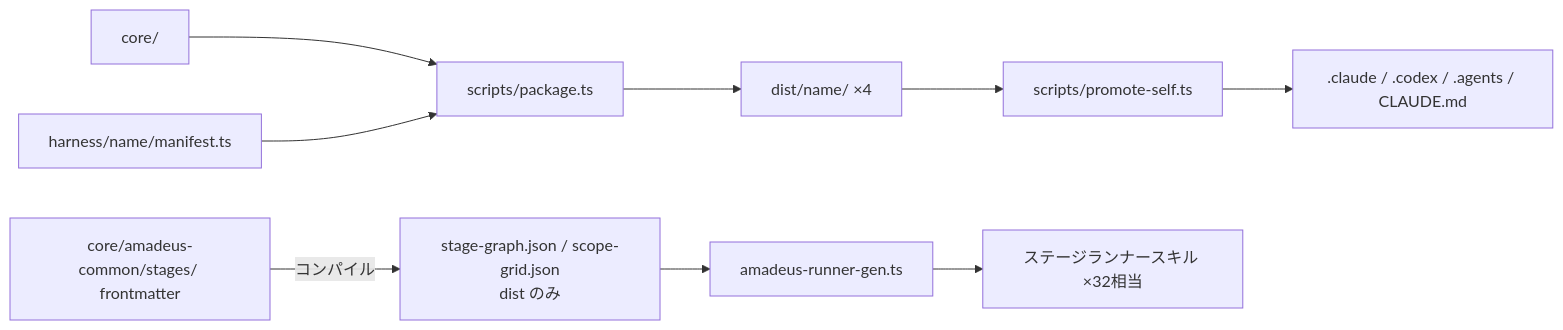
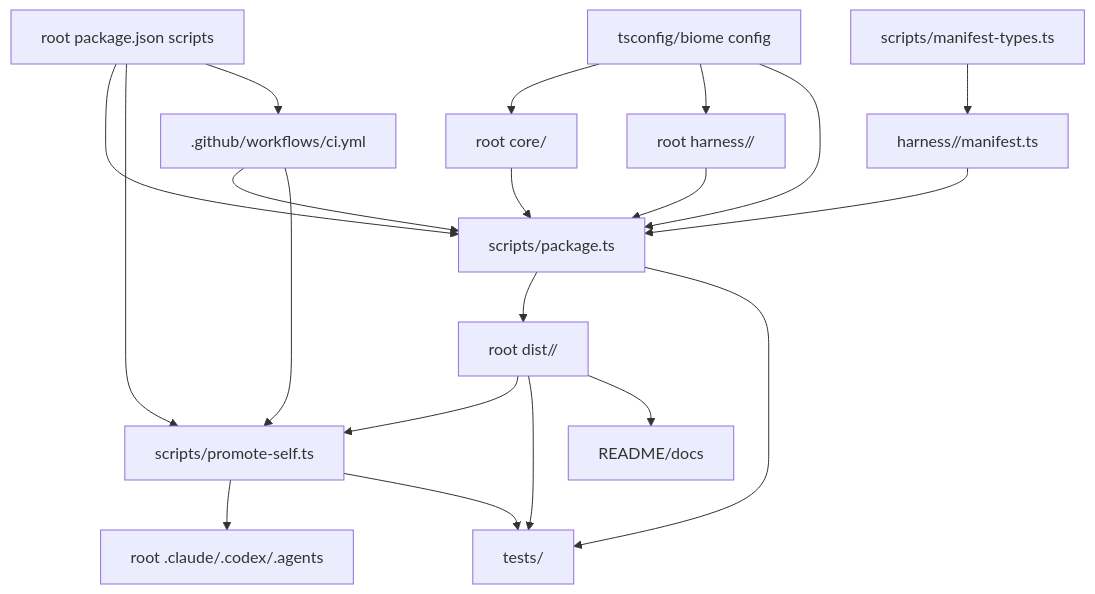
One commit to amadeus-dlc/amadeus changed the diagram in amadeus/spaces/default/codekb/amadeus/dependencies.md. Above: the diagram before and after it, drawn with Mermaid. The commit also changed other lines of this file and 104 other files, not shown here.

````diff
--- a/amadeus/spaces/default/codekb/amadeus/dependencies.md
+++ b/amadeus/spaces/default/codekb/amadeus/dependencies.md
@@ -21,10 +5,36 @@
 ```mermaid
-graph LR
-    CORE[core/] --> PKG[scripts/package.ts]
-    HARNESS[harness/name/manifest.ts] --> PKG
-    PKG --> DIST[dist/name/ ×4]
-    DIST --> PROMOTE[scripts/promote-self.ts]
-    PROMOTE --> SELF[.claude / .codex / .agents / CLAUDE.md]
-    STAGES[core/amadeus-common/stages/ frontmatter] -->|コンパイル| GRAPH[stage-graph.json / scope-grid.json<br/>dist のみ]
-    GRAPH --> RUNNERGEN[amadeus-runner-gen.ts] --> RUNNERS[ステージランナースキル ×32相当]
+flowchart TD
+  PackageJson["root package.json scripts"]
+  TSConfig["tsconfig/biome config"]
+  Core["root core/"]
+  Harness["root harness/<name>/"]
+  ManifestTypes["scripts/manifest-types.ts"]
+  Manifests["harness/<name>/manifest.ts"]
+  PackageScript["scripts/package.ts"]
+  Promote["scripts/promote-self.ts"]
+  Dist["root dist/<name>/"]
+  Runtime["root .claude/.codex/.agents"]
+  Tests["tests/"]
+  Docs["README/docs"]
+  CI[".github/workflows/ci.yml"]
+
+  PackageJson --> PackageScript
+  PackageJson --> Promote
+  TSConfig --> Core
+  TSConfig --> Harness
+  TSConfig --> PackageScript
+  ManifestTypes --> Manifests
+  Core --> PackageScript
+  Harness --> PackageScript
+  Manifests --> PackageScript
+  PackageScript --> Dist
+  Dist --> Promote
+  Promote --> Runtime
+  Dist --> Tests
+  PackageScript --> Tests
+  Promote --> Tests
+  Dist --> Docs
+  PackageJson --> CI
+  CI --> PackageScript
+  CI --> Promote
 ```
````
